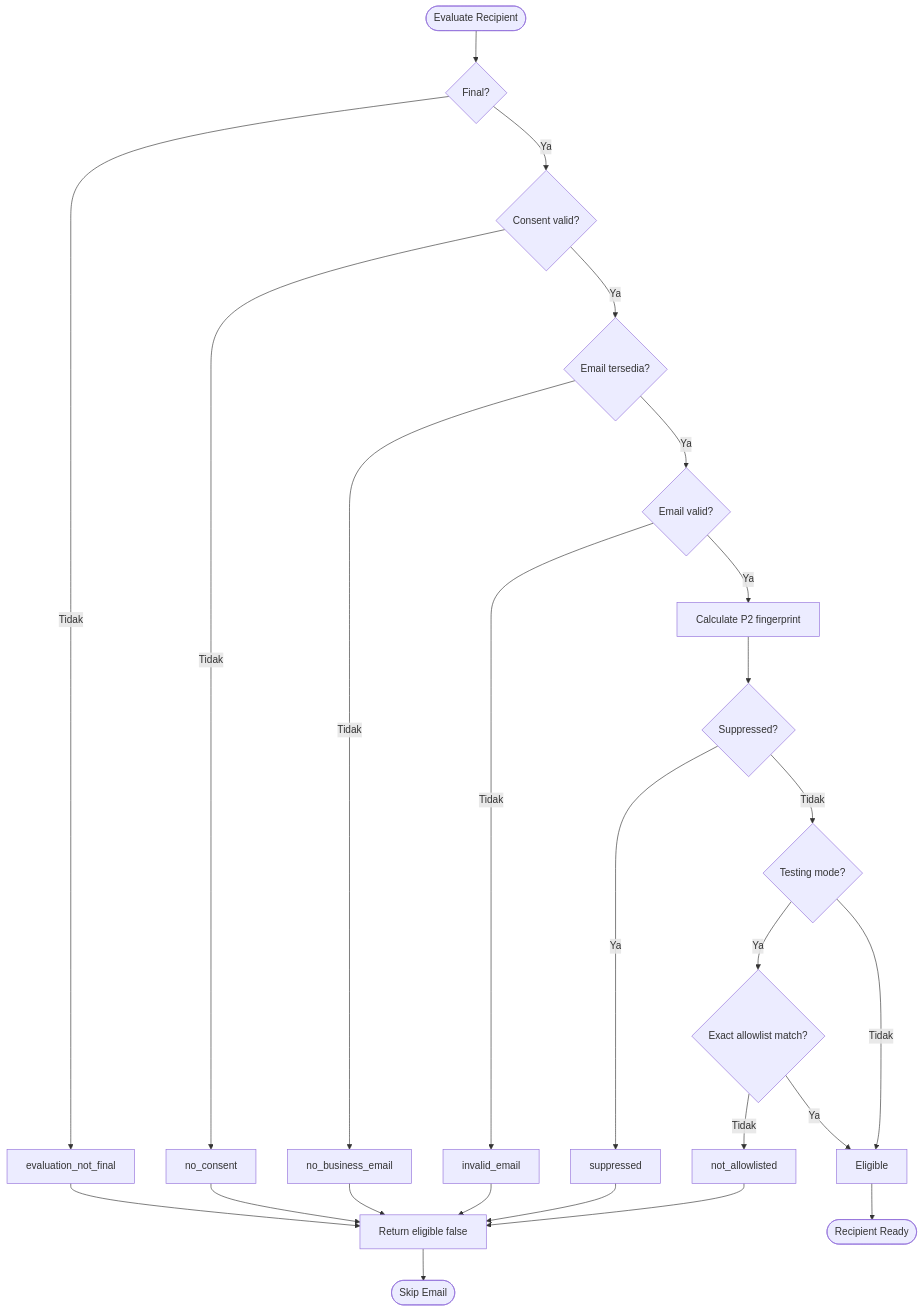
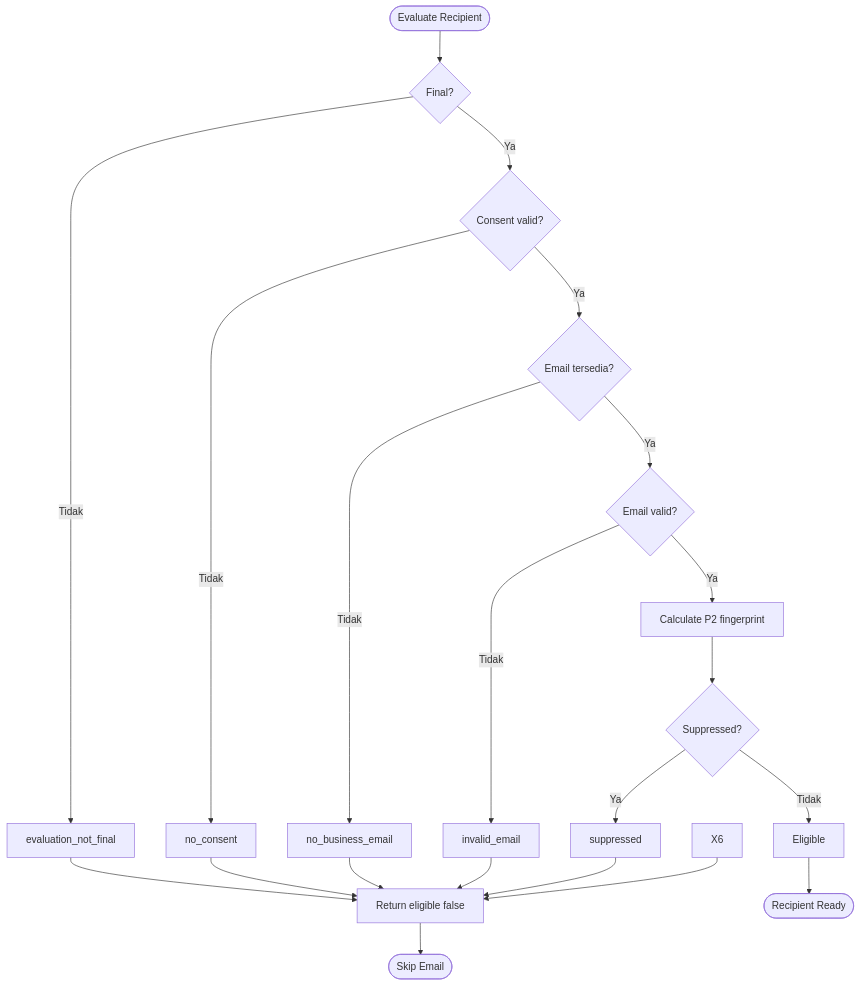
Before and after one commit to joytimess/dip-joyumkm: the sixth of 6 diagrams in docs/prd/PRD_JoyUMKM_P5-01_P5-02_Recipient_Consent.md, drawn with Mermaid. The commit also changed other lines of this file and 24 other files, not shown here.

Commit message:
refactor(intelligence): remove email test allowlist and test mode

````diff
--- a/docs/prd/PRD_JoyUMKM_P5-01_P5-02_Recipient_Consent.md
+++ b/docs/prd/PRD_JoyUMKM_P5-01_P5-02_Recipient_Consent.md
@@ -376,27 +369,23 @@
 ```mermaid
 flowchart TD
     A([Evaluate Recipient]) --> B{Final?}
     B -->|Tidak| X1[evaluation_not_final]
     B -->|Ya| C{Consent valid?}
     C -->|Tidak| X2[no_consent]
     C -->|Ya| D{Email tersedia?}
     D -->|Tidak| X3[no_business_email]
     D -->|Ya| E{Email valid?}
     E -->|Tidak| X4[invalid_email]
     E -->|Ya| F[Calculate P2 fingerprint]
     F --> G{Suppressed?}
     G -->|Ya| X5[suppressed]
-    G -->|Tidak| H{Testing mode?}
-    H -->|Ya| I{Exact allowlist match?}
-    I -->|Tidak| X6[not_allowlisted]
-    I -->|Ya| J[Eligible]
-    H -->|Tidak| J
+    G -->|Tidak| J[Eligible]
     X1 --> K[Return eligible false]
     X2 --> K
     X3 --> K
     X4 --> K
     X5 --> K
     X6 --> K
     J --> L([Recipient Ready])
     K --> M([Skip Email])
 ```
````
